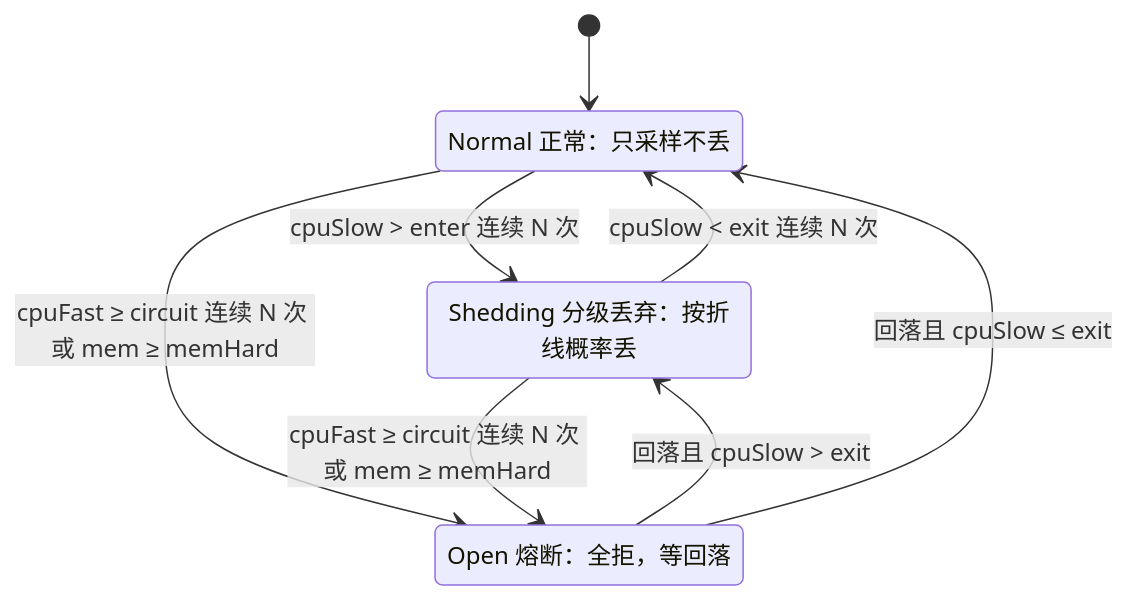
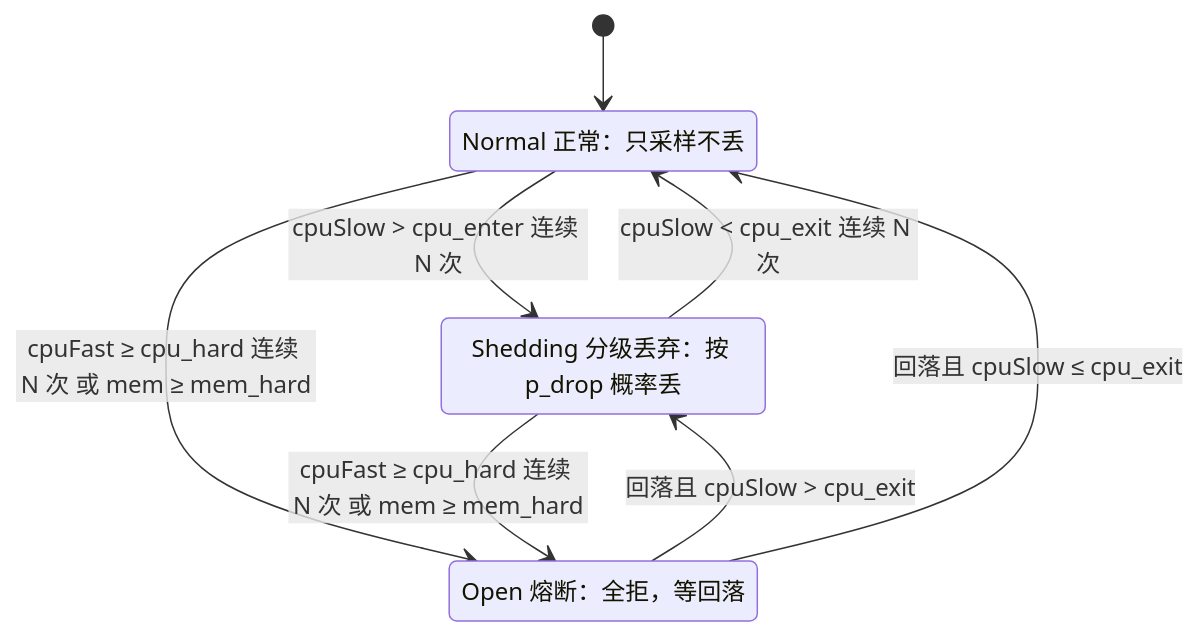
The second of 2 diagrams in knowledge/bkmonitor-datalink/issues/2026-06-10-collector-adaptive-throttling/PLAN.md (ZhuoZhuoCrayon/ai-workspace), drawn with Mermaid before and after one commit. The commit also changed other lines of this file and 4 other files, not shown here.

````diff
--- a/knowledge/bkmonitor-datalink/issues/2026-06-10-collector-adaptive-throttling/PLAN.md
+++ b/knowledge/bkmonitor-datalink/issues/2026-06-10-collector-adaptive-throttling/PLAN.md
@@ -121,13 +130,13 @@
 ```mermaid
 stateDiagram-v2
     state "Normal 正常：只采样不丢" as Normal
-    state "Shedding 分级丢弃：按折线概率丢" as Shedding
+    state "Shedding 分级丢弃：按 p_drop 概率丢" as Shedding
     state "Open 熔断：全拒，等回落" as Open
     [*] --> Normal
-    Normal --> Shedding: cpuSlow > enter 连续 N 次
-    Shedding --> Normal: cpuSlow < exit 连续 N 次
-    Normal --> Open: cpuFast ≥ circuit 连续 N 次 或 mem ≥ memHard
-    Shedding --> Open: cpuFast ≥ circuit 连续 N 次 或 mem ≥ memHard
-    Open --> Shedding: 回落且 cpuSlow > exit
-    Open --> Normal: 回落且 cpuSlow ≤ exit
+    Normal --> Shedding: cpuSlow > cpu_enter 连续 N 次
+    Shedding --> Normal: cpuSlow < cpu_exit 连续 N 次
+    Normal --> Open: cpuFast ≥ cpu_hard 连续 N 次 或 mem ≥ mem_hard
+    Shedding --> Open: cpuFast ≥ cpu_hard 连续 N 次 或 mem ≥ mem_hard
+    Open --> Shedding: 回落且 cpuSlow > cpu_exit
+    Open --> Normal: 回落且 cpuSlow ≤ cpu_exit
 ```
````
